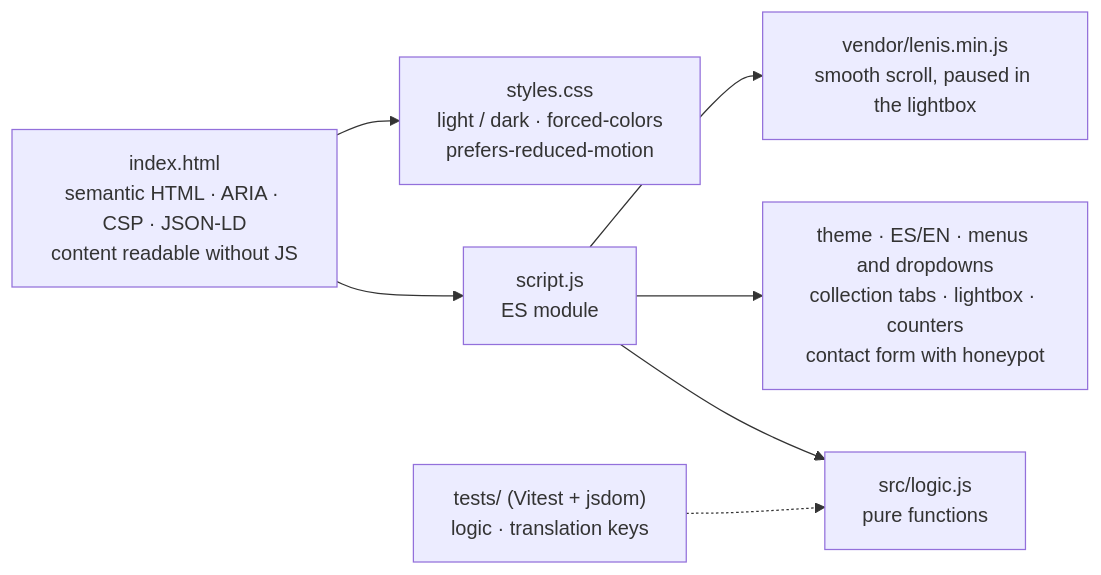
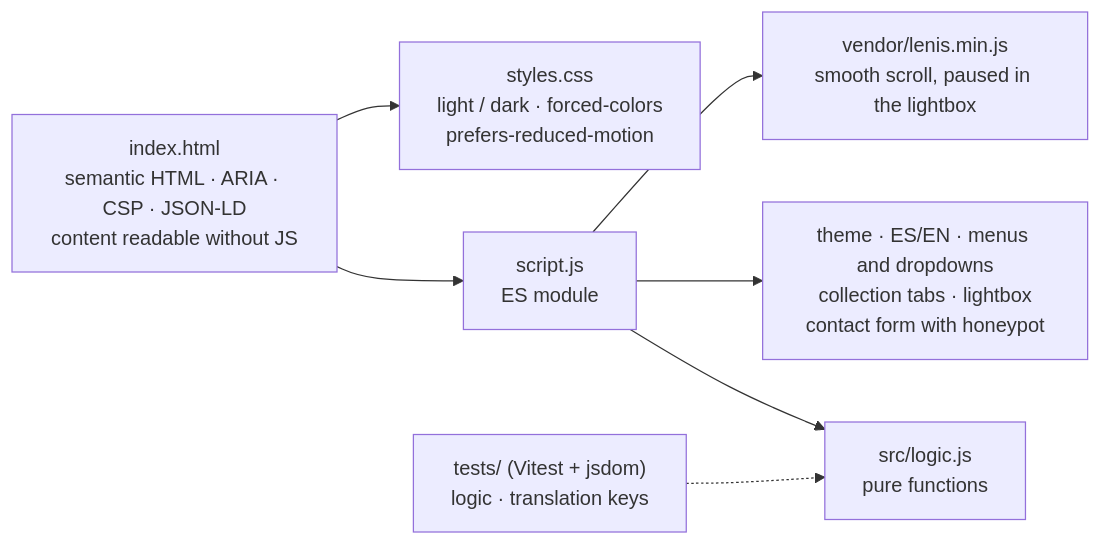
Before and after one commit to abarriuso/palafoxiana-redesign: the first of 2 diagrams in README.md, drawn with Mermaid. The commit also changed other lines of this file and 6 other files, not shown here.

````diff
--- a/README.md
+++ b/README.md
@@ -107,9 +106,9 @@
 ```mermaid
 flowchart LR
   HTML["index.html<br/>semantic HTML · ARIA · CSP · JSON-LD<br/>content readable without JS"] --> JS["script.js<br/>ES module"]
   HTML --> CSS["styles.css<br/>light / dark · forced-colors<br/>prefers-reduced-motion"]
   JS --> LOGIC["src/logic.js<br/>pure functions"]
-  JS --> UI["theme · ES/EN · menus and dropdowns<br/>collection tabs · lightbox · counters<br/>contact form with honeypot"]
+  JS --> UI["theme · ES/EN · menus and dropdowns<br/>collection tabs · lightbox<br/>contact form with honeypot"]
   JS --> LENIS["vendor/lenis.min.js<br/>smooth scroll, paused in the lightbox"]
   TESTS["tests/ (Vitest + jsdom)<br/>logic · translation keys"] -.-> LOGIC
 ```
````
